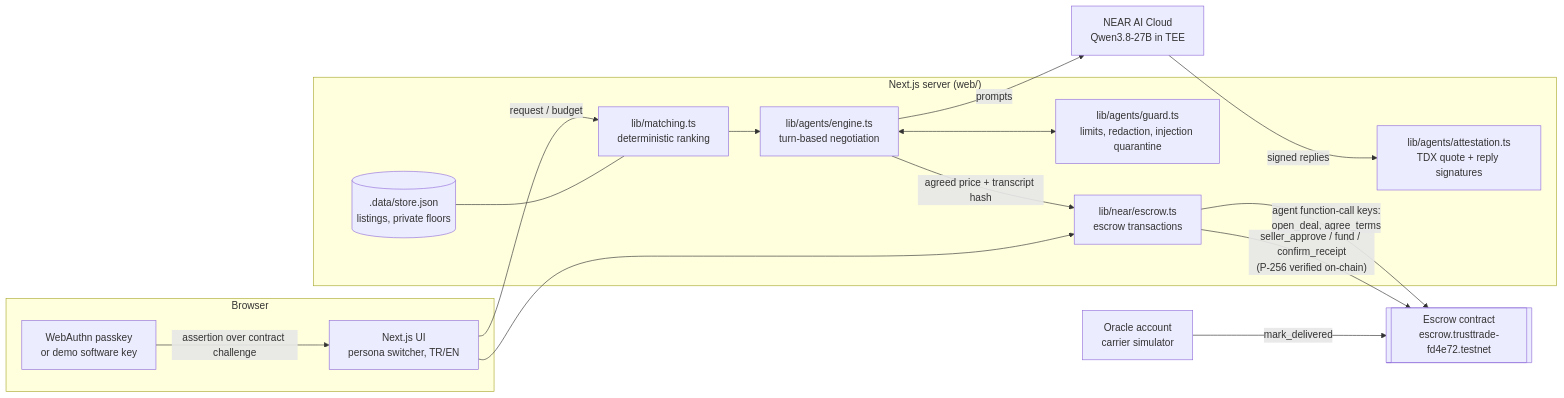
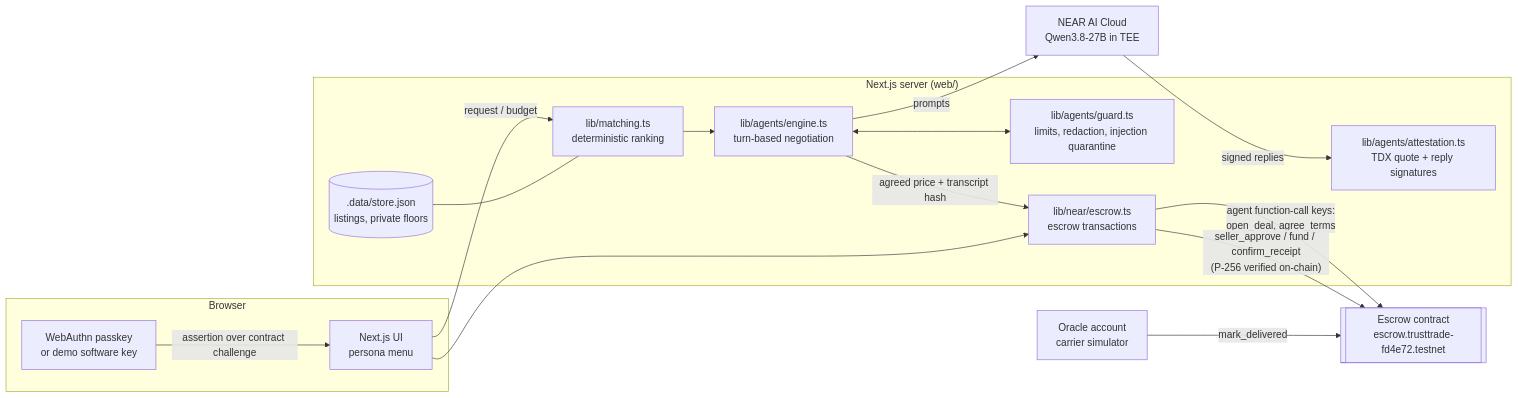
One commit to KourshatWQ/TrustTrade changed the first of 2 diagrams in README.md. Above: the diagram before and after it, drawn with Mermaid. The commit also changed other lines of this file and 23 other files, not shown here.

````diff
--- a/README.md
+++ b/README.md
@@ -62,29 +62,29 @@
 ```mermaid
 flowchart LR
   subgraph Browser
-    UI[Next.js UI<br/>persona switcher, TR/EN]
+    UI[Next.js UI<br/>persona menu]
     PK[WebAuthn passkey<br/>or demo software key]
   end
   subgraph Server["Next.js server (web/)"]
     MATCH[lib/matching.ts<br/>deterministic ranking]
     ENG[lib/agents/engine.ts<br/>turn-based negotiation]
     GUARD[lib/agents/guard.ts<br/>limits, redaction, injection quarantine]
     TEE[lib/agents/attestation.ts<br/>TDX quote + reply signatures]
     ESC[lib/near/escrow.ts<br/>escrow transactions]
     STORE[(.data/store.json<br/>listings, private floors)]
   end
   AI[NEAR AI Cloud<br/>Qwen3.8-27B in TEE]
   C[[Escrow contract<br/>escrow.trusttrade-fd4e72.testnet]]
   ORA[Oracle account<br/>carrier simulator]
 
   UI -- request / budget --> MATCH --> ENG
   ENG <--> GUARD
   ENG -- prompts --> AI
   AI -- signed replies --> TEE
   ENG -- agreed price + transcript hash --> ESC
   ESC -- agent function-call keys:<br/>open_deal, agree_terms --> C
   PK -- assertion over contract challenge --> UI --> ESC
   ESC -- seller_approve / fund / confirm_receipt<br/>(P-256 verified on-chain) --> C
   ORA -- mark_delivered --> C
   STORE --- MATCH
 ```
````
